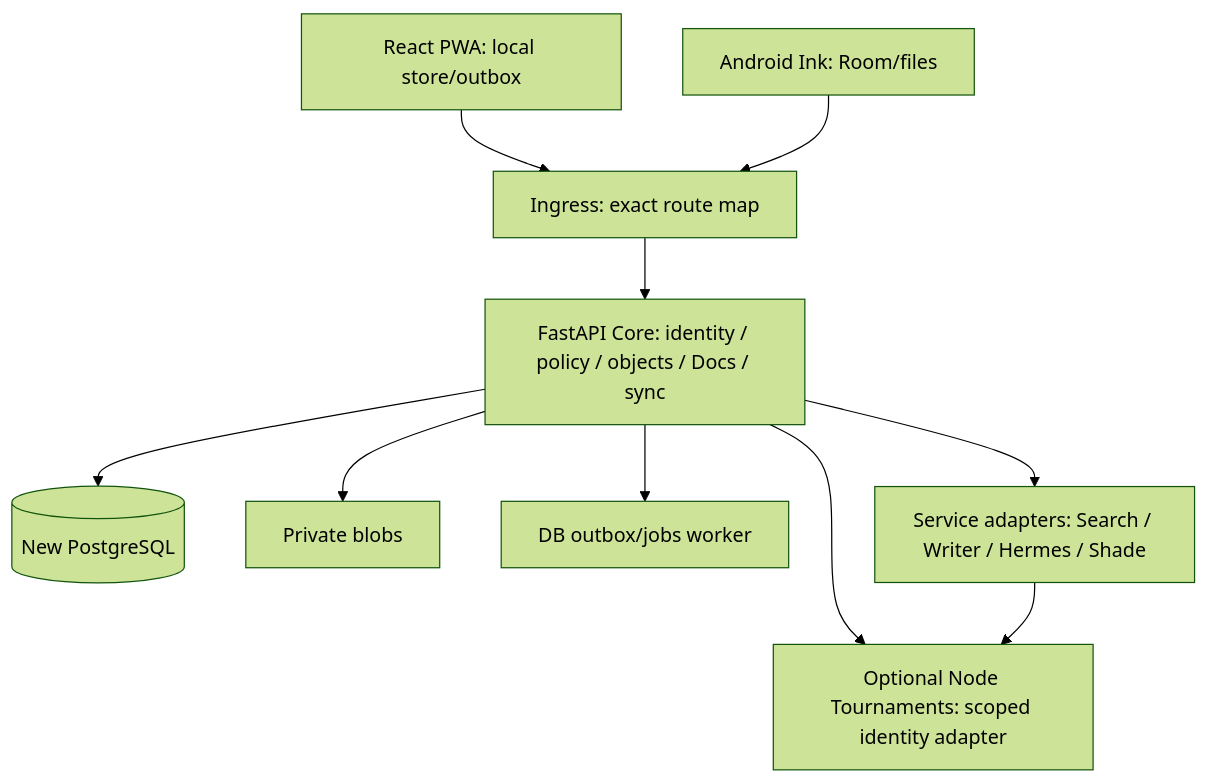
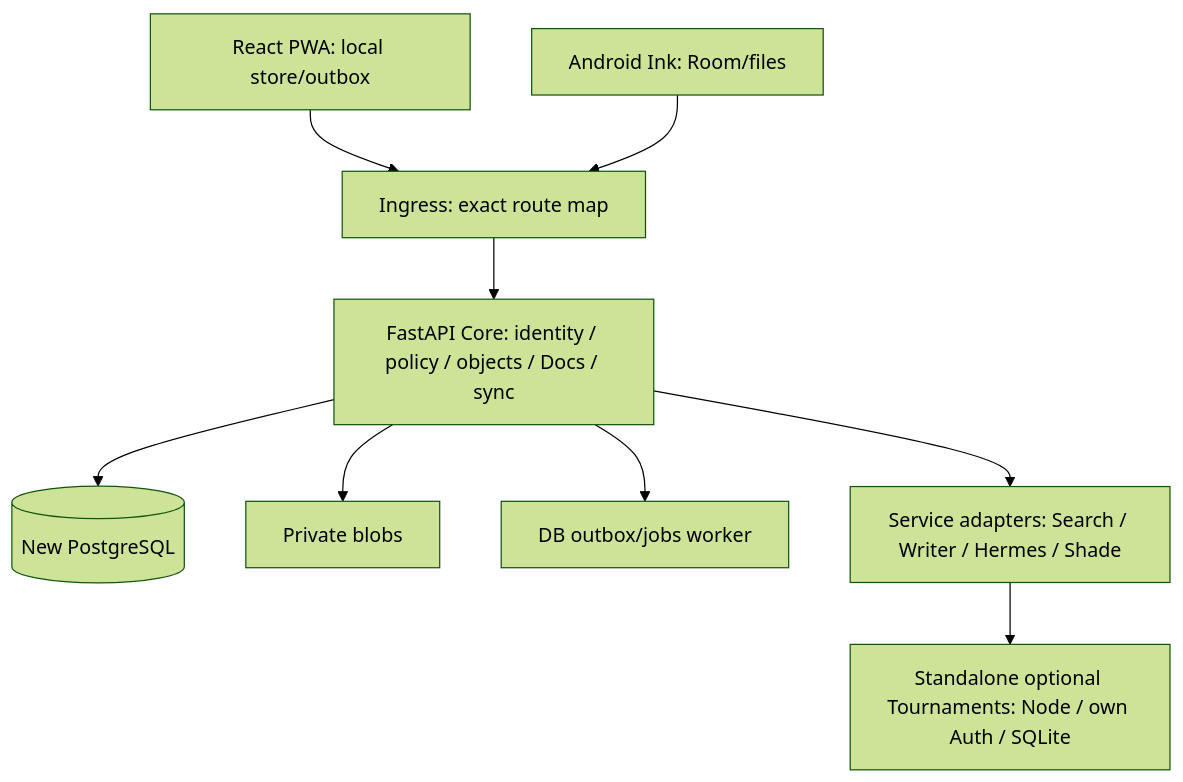
Before and after one commit to kirillkuz1122/qubite: the diagram in docs/architecture/TARGET_ARCHITECTURE.md, drawn with Mermaid (forest theme). The commit also changed other lines of this file and 472 other files, not shown here.

````diff
--- a/docs/architecture/TARGET_ARCHITECTURE.md
+++ b/docs/architecture/TARGET_ARCHITECTURE.md
@@ -18,12 +20,12 @@
 ```mermaid
 flowchart TD
   W[React PWA: local store/outbox] --> G[Ingress: exact route map]
   A[Android Ink: Room/files] --> G
   G --> C[FastAPI Core: identity / policy / objects / Docs / sync]
-  C --> L[Optional Node Tournaments: scoped identity adapter]
+  L[Standalone optional Tournaments: Node / own Auth / SQLite]
   C --> P[(New PostgreSQL)]
   C --> B[Private blobs]
   C --> J[DB outbox/jobs worker]
   C --> AD[Service adapters: Search / Writer / Hermes / Shade]
   AD --> L
 ```
````
